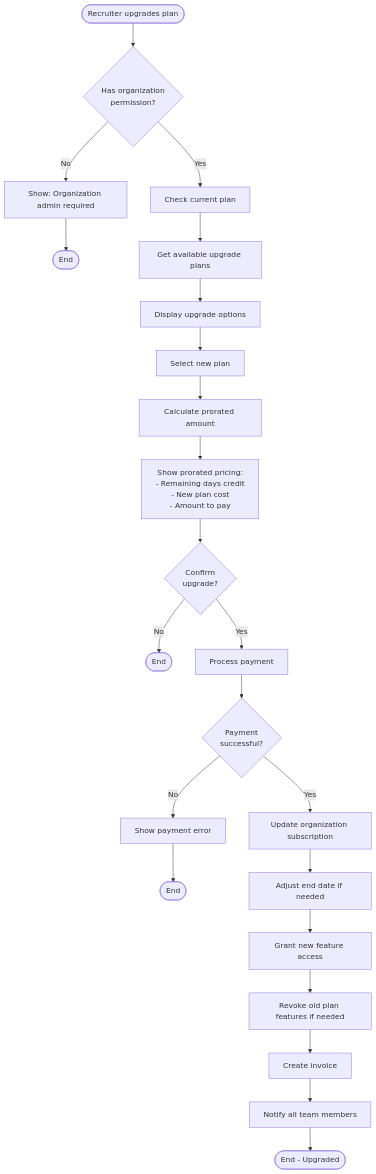
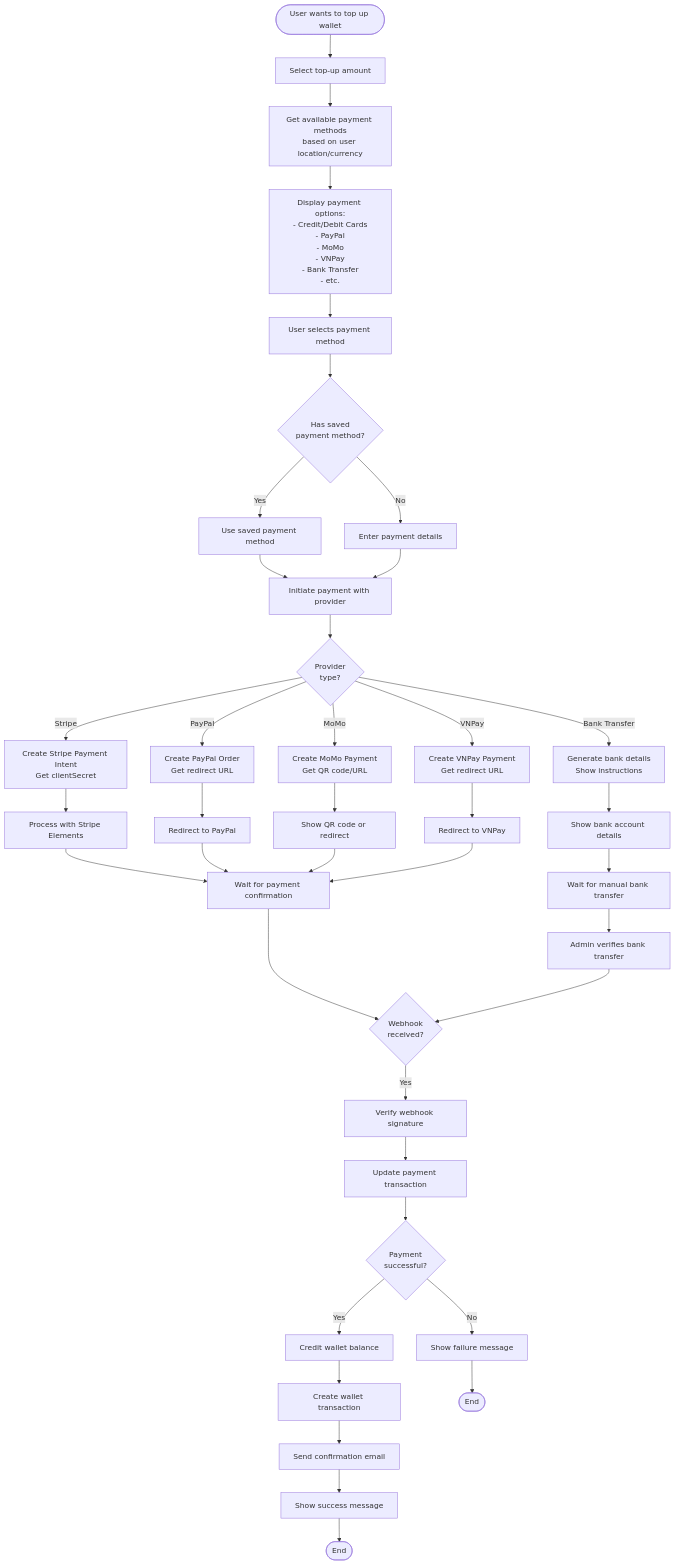
The eighth of 12 diagrams in services/connect-career-be/docs/subscription.md (duythong28/connect-career-be), drawn with Mermaid before and after one commit. The commit also changed other lines of this file and 49 other files, not shown here.

Commit message:
feat: implement Pay-As-You-Go wallet system with user wallet management, payment processing, and transaction tracking, including new services, controllers, and DTOs

````diff
--- a/services/connect-career-be/docs/subscription.md
+++ b/services/connect-career-be/docs/subscription.md
@@ -1751,29 +1546,51 @@
 ```mermaid
 flowchart TD
-    Start([Recruiter upgrades plan]) --> CheckOrg{Has organization<br/>permission?}
-    CheckOrg -->|No| NoPermission[Show: Organization admin required]
-    NoPermission --> End1([End])
+    Start([User wants to top up wallet]) --> SelectAmount[Select top-up amount]
+    SelectAmount --> GetMethods[Get available payment methods<br/>based on user location/currency]
+    GetMethods --> DisplayMethods[Display payment options:<br/>- Credit/Debit Cards<br/>- PayPal<br/>- MoMo<br/>- VNPay<br/>- Bank Transfer<br/>- etc.]
+    DisplayMethods --> SelectMethod[User selects payment method]
+    SelectMethod --> CheckSaved{Has saved<br/>payment method?}
 
-    CheckOrg -->|Yes| CheckCurrent[Check current plan]
-    CheckCurrent --> GetUpgradeOptions[Get available upgrade plans]
-    GetUpgradeOptions --> DisplayUpgrades[Display upgrade options]
-    DisplayUpgrades --> SelectUpgrade[Select new plan]
-    SelectUpgrade --> CalculateProration[Calculate prorated amount]
-    CalculateProration --> ShowPricing[Show prorated pricing:<br/>- Remaining days credit<br/>- New plan cost<br/>- Amount to pay]
-    ShowPricing --> ConfirmUpgrade{Confirm<br/>upgrade?}
+    CheckSaved -->|Yes| UseSaved[Use saved payment method]
+    CheckSaved -->|No| EnterDetails[Enter payment details]
 
-    ConfirmUpgrade -->|No| End2([End])
-    ConfirmUpgrade -->|Yes| ProcessPayment[Process payment]
-    ProcessPayment --> PaymentSuccess{Payment<br/>successful?}
+    UseSaved --> InitiatePayment[Initiate payment with provider]
+    EnterDetails --> InitiatePayment
 
-    PaymentSuccess -->|No| ShowError[Show payment error]
-    ShowError --> End3([End])
+    InitiatePayment --> ProviderType{Provider<br/>type?}
 
-    PaymentSuccess -->|Yes| UpdateSubscription[Update organization subscription]
-    UpdateSubscription --> AdjustDates[Adjust end date if needed]
-    AdjustDates --> GrantNewFeatures[Grant new feature access]
-    GrantNewFeatures --> RevokeOldFeatures[Revoke old plan features if needed]
-    RevokeOldFeatures --> CreateInvoice[Create invoice]
-    CreateInvoice --> NotifyTeam[Notify all team members]
-    NotifyTeam --> End4([End - Upgraded])
+    ProviderType -->|Stripe| StripeFlow[Create Stripe Payment Intent<br/>Get clientSecret]
+    ProviderType -->|PayPal| PayPalFlow[Create PayPal Order<br/>Get redirect URL]
+    ProviderType -->|MoMo| MoMoFlow[Create MoMo Payment<br/>Get QR code/URL]
+    ProviderType -->|VNPay| VNPayFlow[Create VNPay Payment<br/>Get redirect URL]
+    ProviderType -->|Bank Transfer| BankFlow[Generate bank details<br/>Show instructions]
+
+    StripeFlow --> ProcessStripe[Process with Stripe Elements]
+    PayPalFlow --> RedirectPayPal[Redirect to PayPal]
+    MoMoFlow --> ShowQR[Show QR code or redirect]
+    VNPayFlow --> RedirectVNPay[Redirect to VNPay]
+    BankFlow --> ShowBankDetails[Show bank account details]
+
+    ProcessStripe --> WaitConfirmation[Wait for payment confirmation]
+    RedirectPayPal --> WaitConfirmation
+    ShowQR --> WaitConfirmation
+    RedirectVNPay --> WaitConfirmation
+    ShowBankDetails --> WaitManual[Wait for manual bank transfer]
+
+    WaitConfirmation --> WebhookReceived{Webhook<br/>received?}
+    WaitManual --> VerifyTransfer[Admin verifies bank transfer]
+    VerifyTransfer --> WebhookReceived
+
+    WebhookReceived -->|Yes| VerifyWebhook[Verify webhook signature]
+    VerifyWebhook --> UpdateTransaction[Update payment transaction]
+    UpdateTransaction --> PaymentSuccess{Payment<br/>successful?}
+
+    PaymentSuccess -->|Yes| CreditWallet[Credit wallet balance]
+    CreditWallet --> CreateTransaction[Create wallet transaction]
+    CreateTransaction --> SendConfirmation[Send confirmation email]
+    SendConfirmation --> ShowSuccess[Show success message]
+    ShowSuccess --> End1([End])
+
+    PaymentSuccess -->|No| ShowFailure[Show failure message]
+    ShowFailure --> End2([End])
 ```
````
